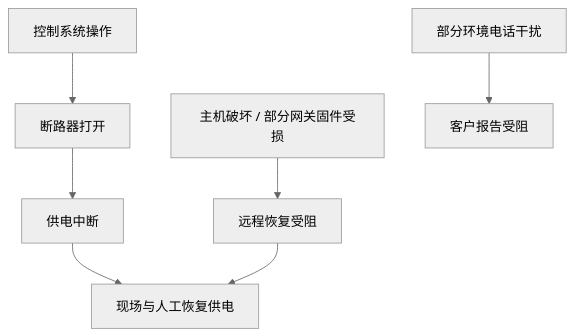
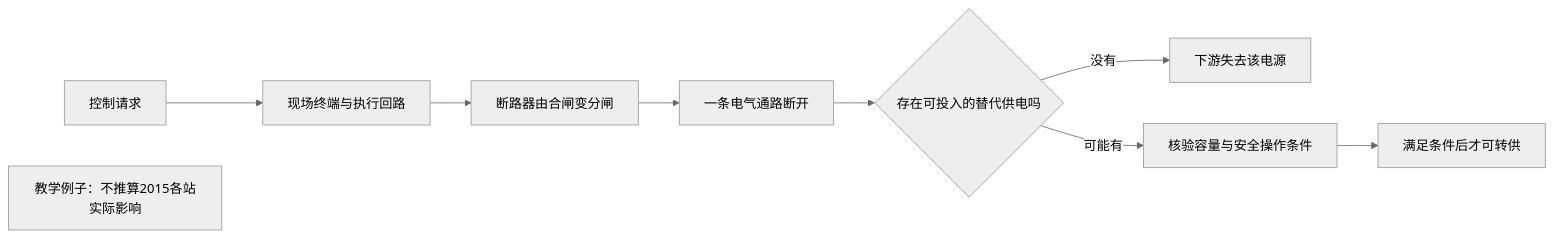
One commit to David-JayTao/Energy_Cybersecurity_Seminar changed the diagram in 02_刘酝潇_真实案例与影响传播/图表素材/P15.mmd. Above: the diagram before and after it, drawn with Mermaid (neutral theme). The commit also changed 59 other files, not shown here.

```diff
--- a/02_刘酝潇_真实案例与影响传播/图表素材/P15.mmd
+++ b/02_刘酝潇_真实案例与影响传播/图表素材/P15.mmd
@@ -1,6 +1,9 @@
-flowchart TB
-  A["控制系统操作"] --> B["断路器打开"] --> C["供电中断"]
-  D["主机破坏 / 部分网关固件受损"] --> E["远程恢复受阻"]
-  F["部分环境电话干扰"] --> G["客户报告受阻"]
-  C --> H["现场与人工恢复供电"]
-  E --> H
+flowchart LR
+A[控制请求] --> B[现场终端与执行回路]
+ B --> C[断路器由合闸变分闸]
+ C --> D[一条电气通路断开]
+ D --> E{存在可投入的替代供电吗}
+ E -->|没有| F[下游失去该电源]
+ E -->|可能有| G[核验容量与安全操作条件]
+ G --> H[满足条件后才可转供]
+ N[教学例子：不推算2015各站实际影响]
```
